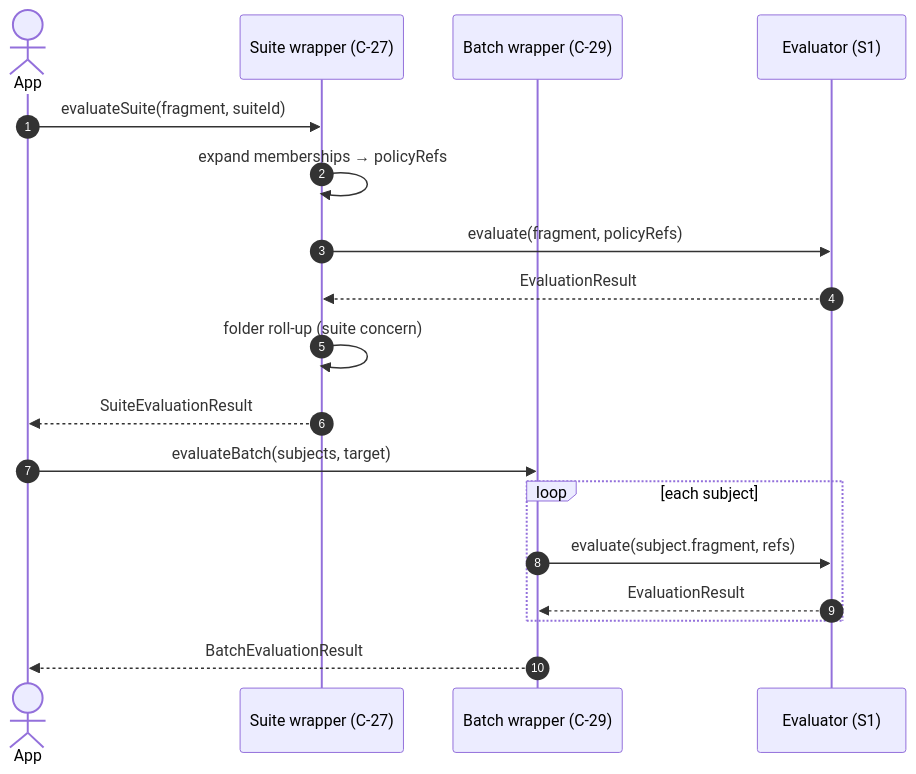
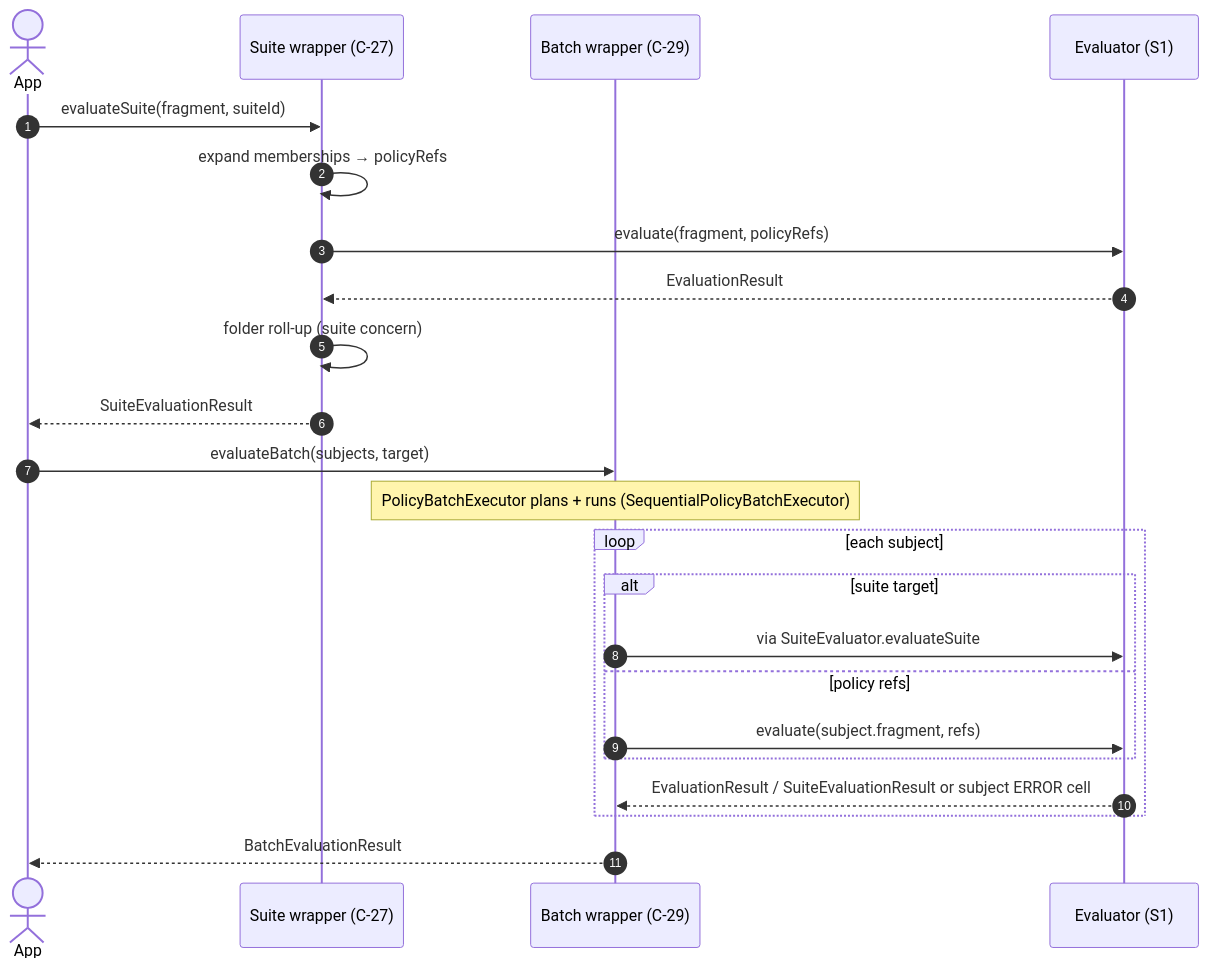
Before and after one commit to qpointz/objs: the seventh of 7 diagrams in docs/design/policy/evaluation-sequences.md, drawn with Mermaid. The commit also changed other lines of this file and 19 other files, not shown here.

Commit message:
[feat] C-29 PolicyBatchEvaluator with sequential executor

````diff
--- a/docs/design/policy/evaluation-sequences.md
+++ b/docs/design/policy/evaluation-sequences.md
@@ -230,22 +230,27 @@
 ```mermaid
 sequenceDiagram
   autonumber
   actor App
   participant Suite as Suite wrapper (C-27)
   participant Batch as Batch wrapper (C-29)
   participant Ev as Evaluator (S1)
 
   App->>Suite: evaluateSuite(fragment, suiteId)
   Suite->>Suite: expand memberships → policyRefs
   Suite->>Ev: evaluate(fragment, policyRefs)
   Ev-->>Suite: EvaluationResult
   Suite->>Suite: folder roll-up (suite concern)
   Suite-->>App: SuiteEvaluationResult
 
   App->>Batch: evaluateBatch(subjects, target)
+  Note over Batch: PolicyBatchExecutor plans + runs (SequentialPolicyBatchExecutor)
   loop each subject
-    Batch->>Ev: evaluate(subject.fragment, refs)
-    Ev-->>Batch: EvaluationResult
+    alt suite target
+      Batch->>Ev: via SuiteEvaluator.evaluateSuite
+    else policy refs
+      Batch->>Ev: evaluate(subject.fragment, refs)
+    end
+    Ev-->>Batch: EvaluationResult / SuiteEvaluationResult or subject ERROR cell
   end
   Batch-->>App: BatchEvaluationResult
 ```
````
